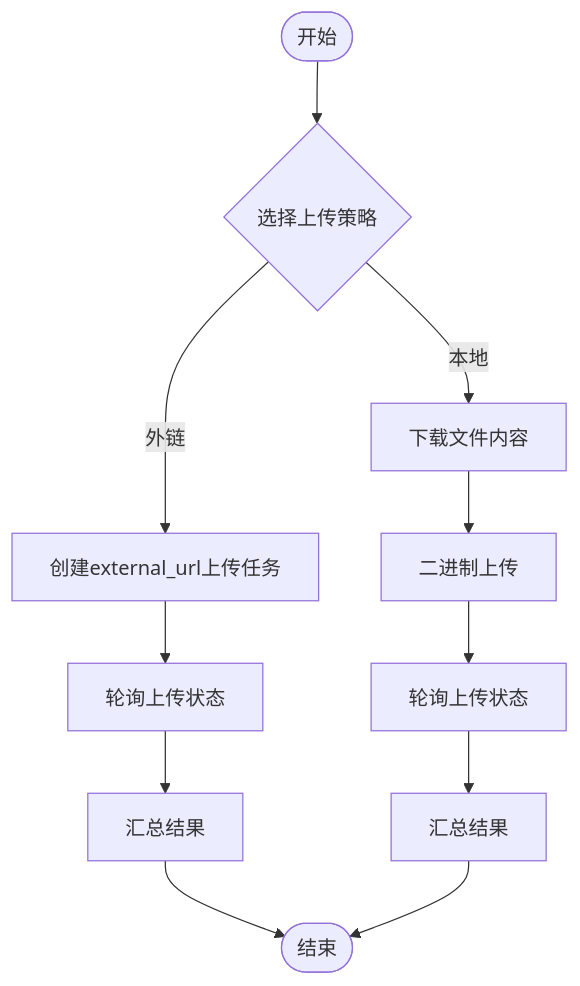
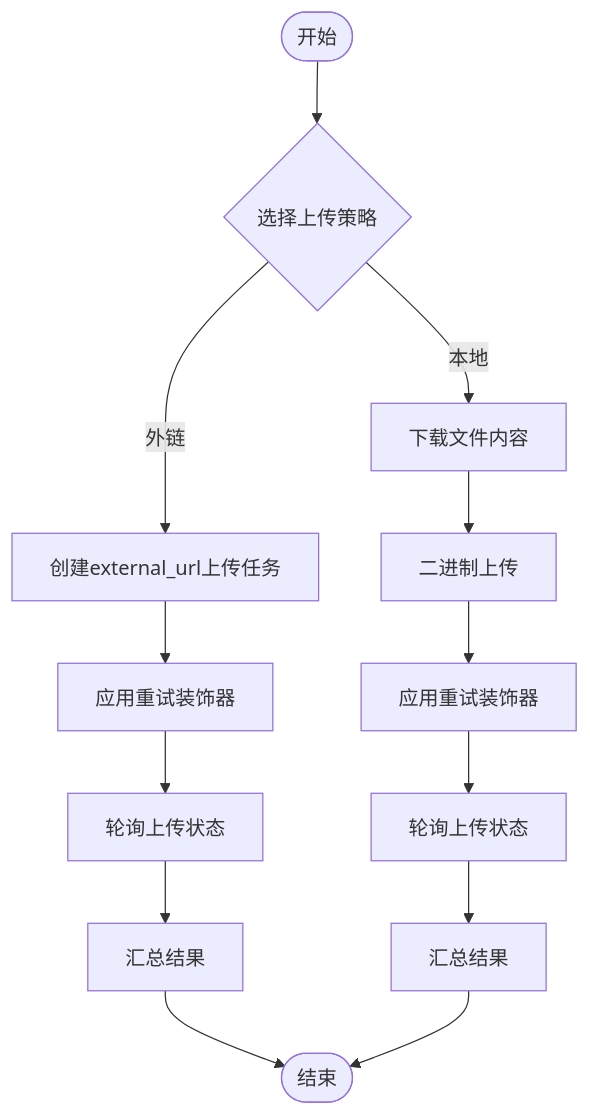
Before and after one commit to iverwong/DataLife: the third of 5 diagrams in .qoder/repowiki/zh/content/核心模块详解/Notion集成模块/Notion集成模块.md, drawn with Mermaid. The commit also changed other lines of this file and 6 other files, not shown here.

````diff
--- a/.qoder/repowiki/zh/content/核心模块详解/Notion集成模块/Notion集成模块.md
+++ b/.qoder/repowiki/zh/content/核心模块详解/Notion集成模块/Notion集成模块.md
@@ -175,13 +197,15 @@
 ```mermaid
 flowchart TD
 Start(["开始"]) --> Decide{"选择上传策略"}
 Decide --> |外链| Ext["创建external_url上传任务"]
 Decide --> |本地| Loc["下载文件内容"]
-Ext --> PollExt["轮询上传状态"]
+Ext --> RetryExt["应用重试装饰器"]
 Loc --> UploadBin["二进制上传"]
-UploadBin --> PollBin["轮询上传状态"]
+UploadBin --> RetryBin["应用重试装饰器"]
+RetryExt --> PollExt["轮询上传状态"]
+RetryBin --> PollBin["轮询上传状态"]
 PollExt --> ResultExt["汇总结果"]
 PollBin --> ResultLoc["汇总结果"]
 ResultExt --> End(["结束"])
 ResultLoc --> End
 ```
````
